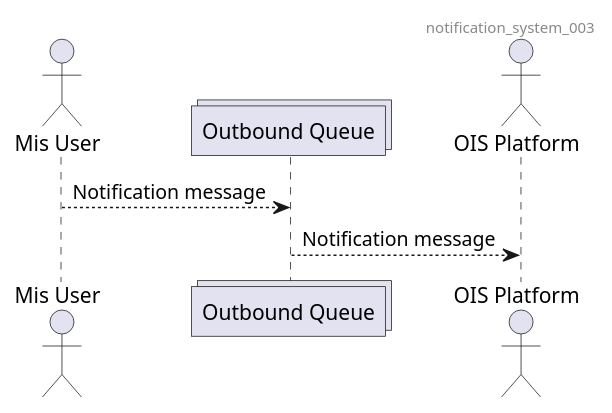
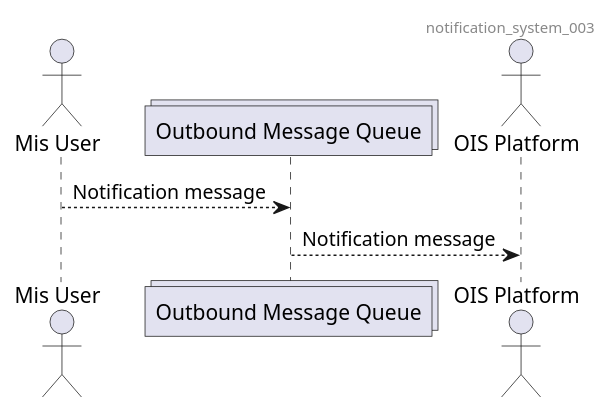
The fourth of 4 diagrams in uml/notification_system.plantuml (lionants02/mis-api-doc), drawn with PlantUML before and after one commit. The commit also changed other lines of this file and 18 other files, not shown here.

```diff
--- a/uml/notification_system.plantuml
+++ b/uml/notification_system.plantuml
@@ -24,8 +24,8 @@
 @startuml
 Header notification_system_003
   actor "Mis User" as MIS
-  collections "Outbound Queue" as outbound
+  collections "Outbound Message Queue" as outbound
   MIS --> outbound : Notification message
   actor "OIS Platform" as OIS
   outbound --> OIS : Notification message
 @enduml
```
